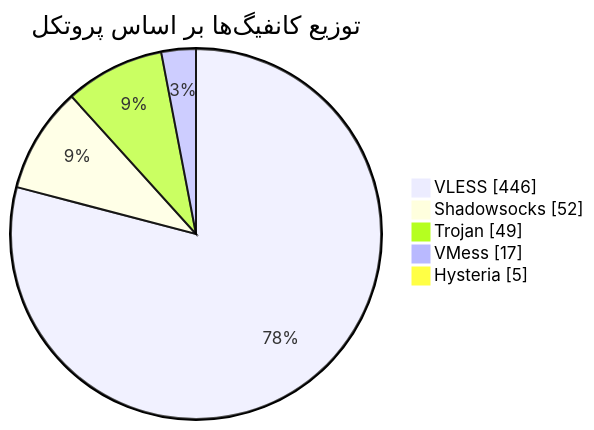
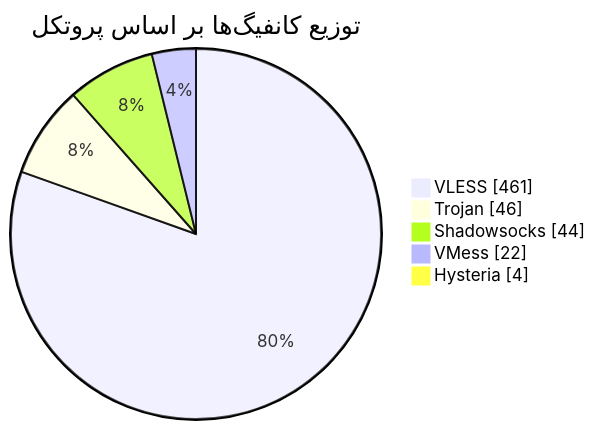
The diagram in README.md (Arian-Alijani/Somthing), drawn with Mermaid before and after one commit. The commit also changed other lines of this file and 77 other files, not shown here.

````diff
--- a/README.md
+++ b/README.md
@@ -47,9 +47,9 @@
 ```mermaid
 pie showData
     title توزیع کانفیگ‌ها بر اساس پروتکل
-    "VLESS" : 446
-    "Shadowsocks" : 52
-    "Trojan" : 49
-    "VMess" : 17
-    "Hysteria" : 5
+    "VLESS" : 461
+    "Trojan" : 46
+    "Shadowsocks" : 44
+    "VMess" : 22
+    "Hysteria" : 4
 ```
````
